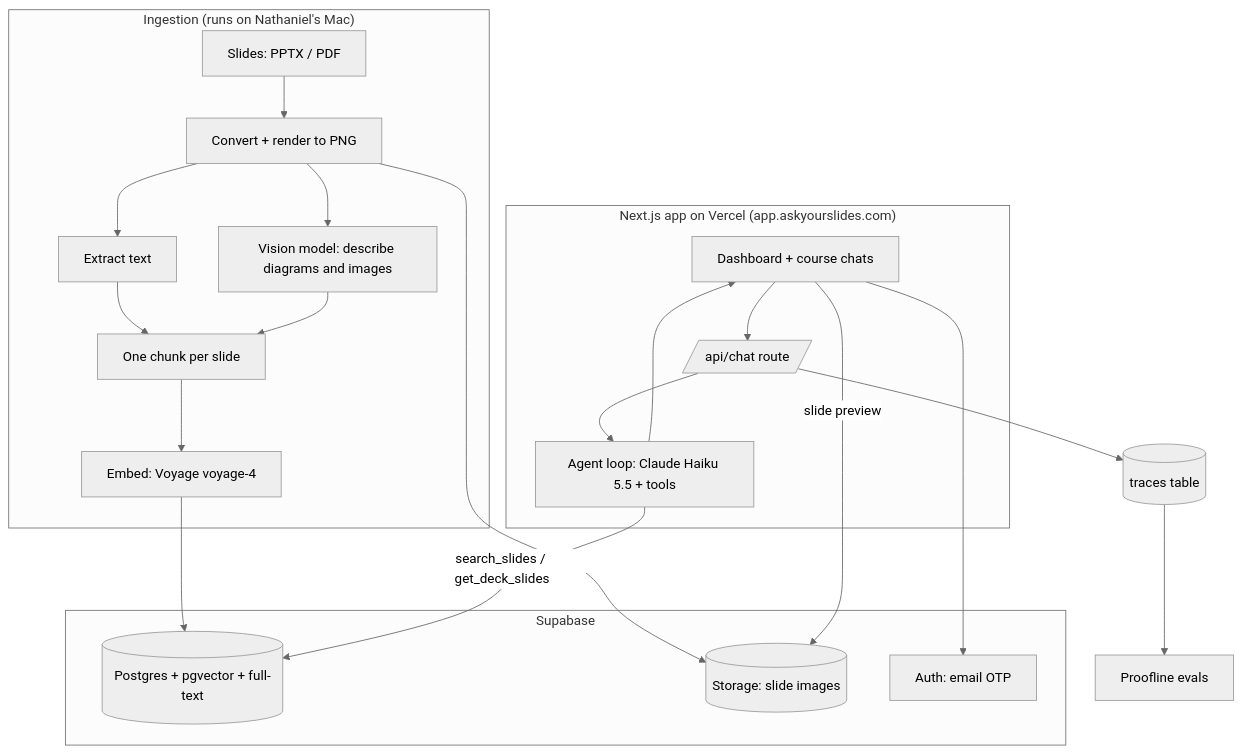
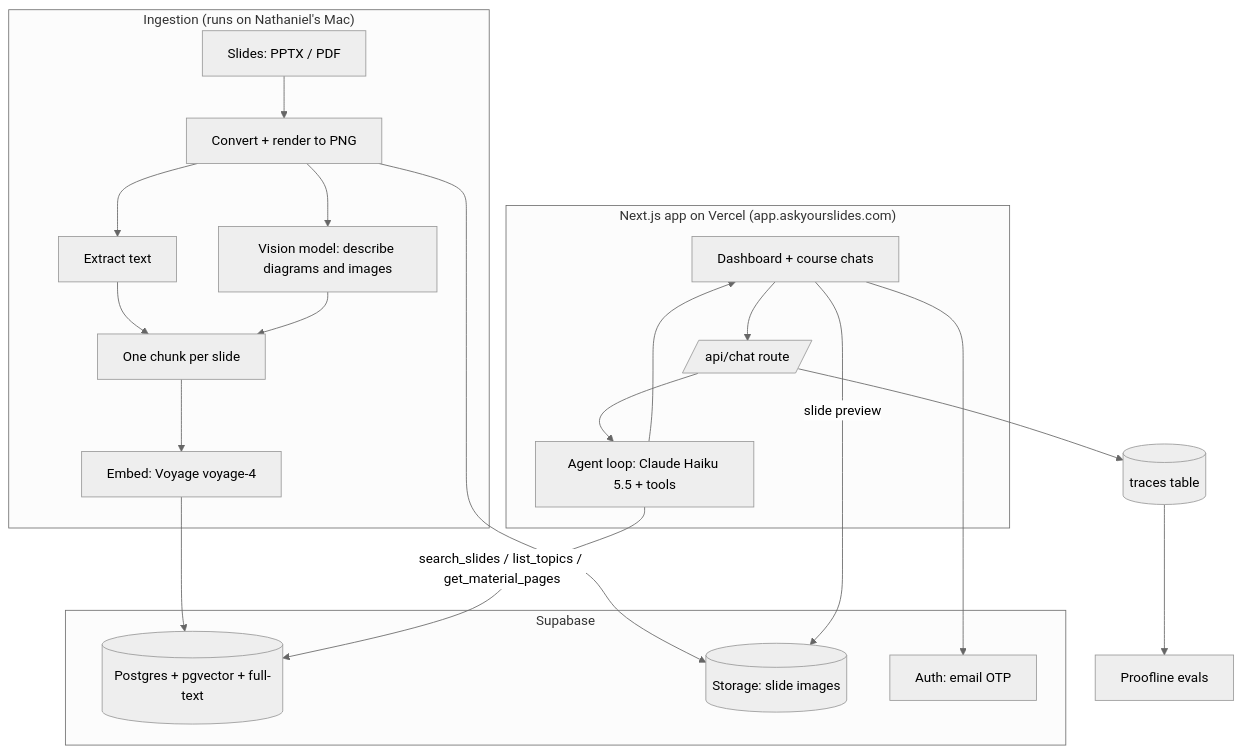
The second of 6 diagrams in PRD.md (Timmynathan/ask-your-slides), drawn with Mermaid (neutral theme) before and after one commit. The commit also changed other lines of this file and 3 other files, not shown here.

````diff
--- a/PRD.md
+++ b/PRD.md
@@ -197,35 +208,35 @@
 ```mermaid
 flowchart TB
     subgraph Offline["Ingestion (runs on Nathaniel's Mac)"]
         S[Slides: PPTX / PDF] --> P[Convert + render to PNG]
         P --> T[Extract text]
         P --> V[Vision model: describe diagrams and images]
         T --> CH[One chunk per slide]
         V --> CH
         CH --> EM[Embed: Voyage voyage-4]
     end
 
     subgraph Supabase
         DB[(Postgres + pgvector + full-text)]
         ST[(Storage: slide images)]
         AU[Auth: email OTP]
     end
 
     EM --> DB
     P --> ST
 
     subgraph Web["Next.js app on Vercel (app.askyourslides.com)"]
         UI[Dashboard + course chats]
         API[/api/chat route/]
         AG[Agent loop: Claude Haiku 5.5 + tools]
     end
 
     UI --> AU
     UI --> API
     API --> AG
-    AG -- search_slides / get_deck_slides --> DB
+    AG -- search_slides / list_topics / get_material_pages --> DB
     AG --> UI
     API --> TR[(traces table)]
     TR --> PL[Proofline evals]
     UI -- slide preview --> ST
 ```
````
